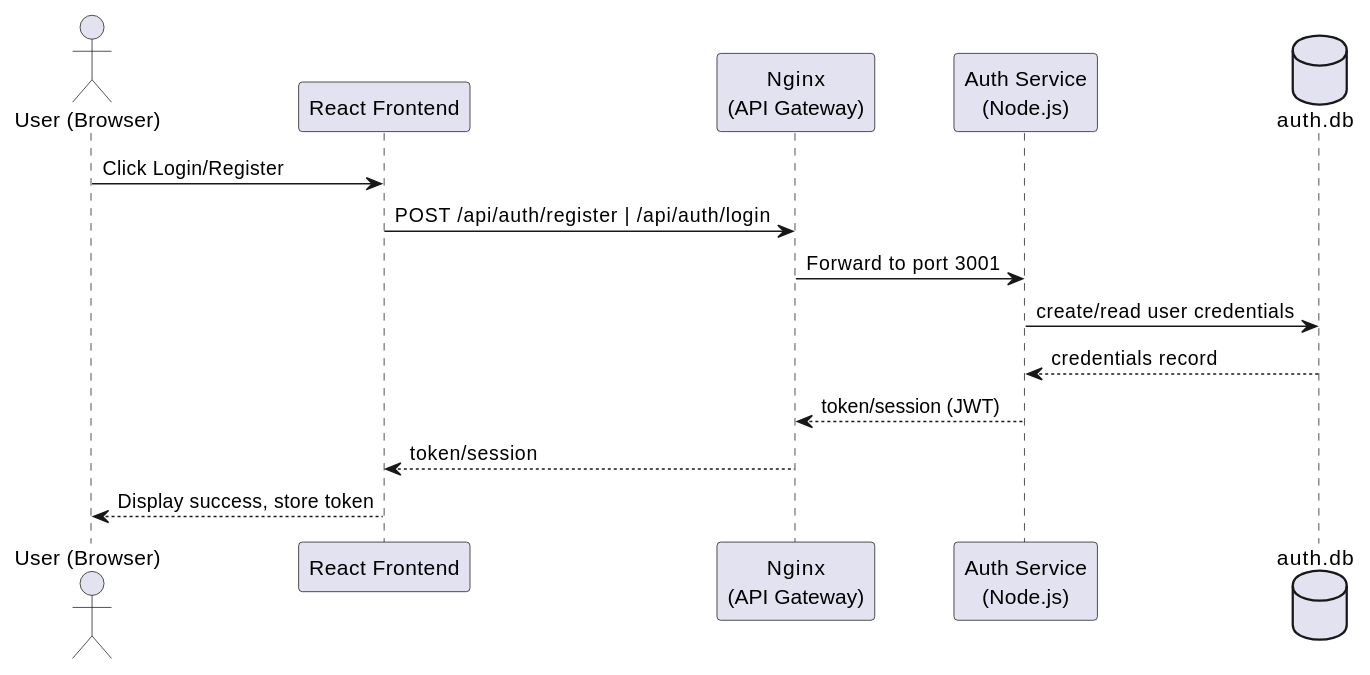
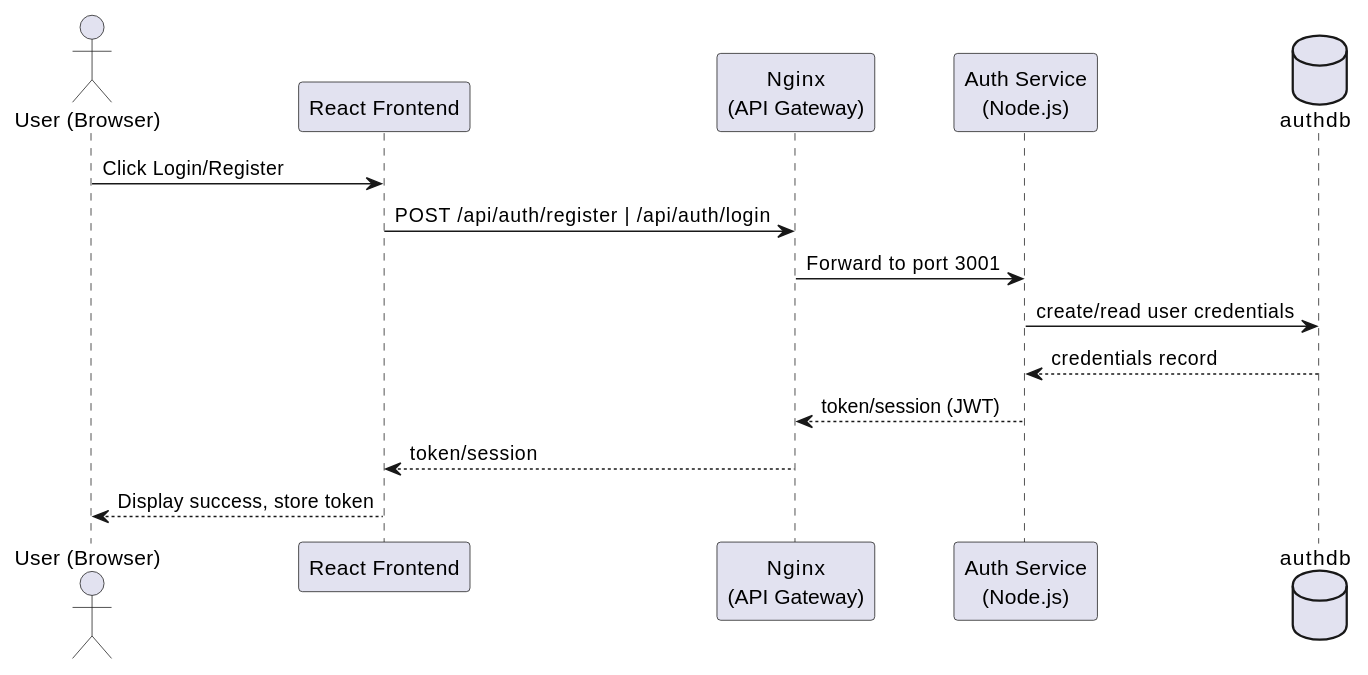
The first of 9 diagrams in docs/src/06_runtime_view.adoc (Arquisoft/yovi_es1c), drawn with PlantUML before and after one commit. The commit also changed other lines of this file and 12 other files, not shown here.

```diff
--- a/docs/src/06_runtime_view.adoc
+++ b/docs/src/06_runtime_view.adoc
@@ -14,17 +14,17 @@
 [plantuml, "runtime-login", png]
 ----
 actor "User (Browser)" as Human
 participant "React Frontend" as Frontend
 participant "Nginx\n(API Gateway)" as Nginx
 participant "Auth Service\n(Node.js)" as Auth
-database "auth.db" as AuthDB
+database "authdb" as AuthDB
 
 Human -> Frontend: Click Login/Register
 Frontend -> Nginx: POST /api/auth/register | /api/auth/login
 Nginx -> Auth: Forward to port 3001
 Auth -> AuthDB: create/read user credentials
 AuthDB --> Auth: credentials record
 Auth --> Nginx: token/session (JWT)
 Nginx --> Frontend: token/session
 Frontend --> Human: Display success, store token
 ----
```
